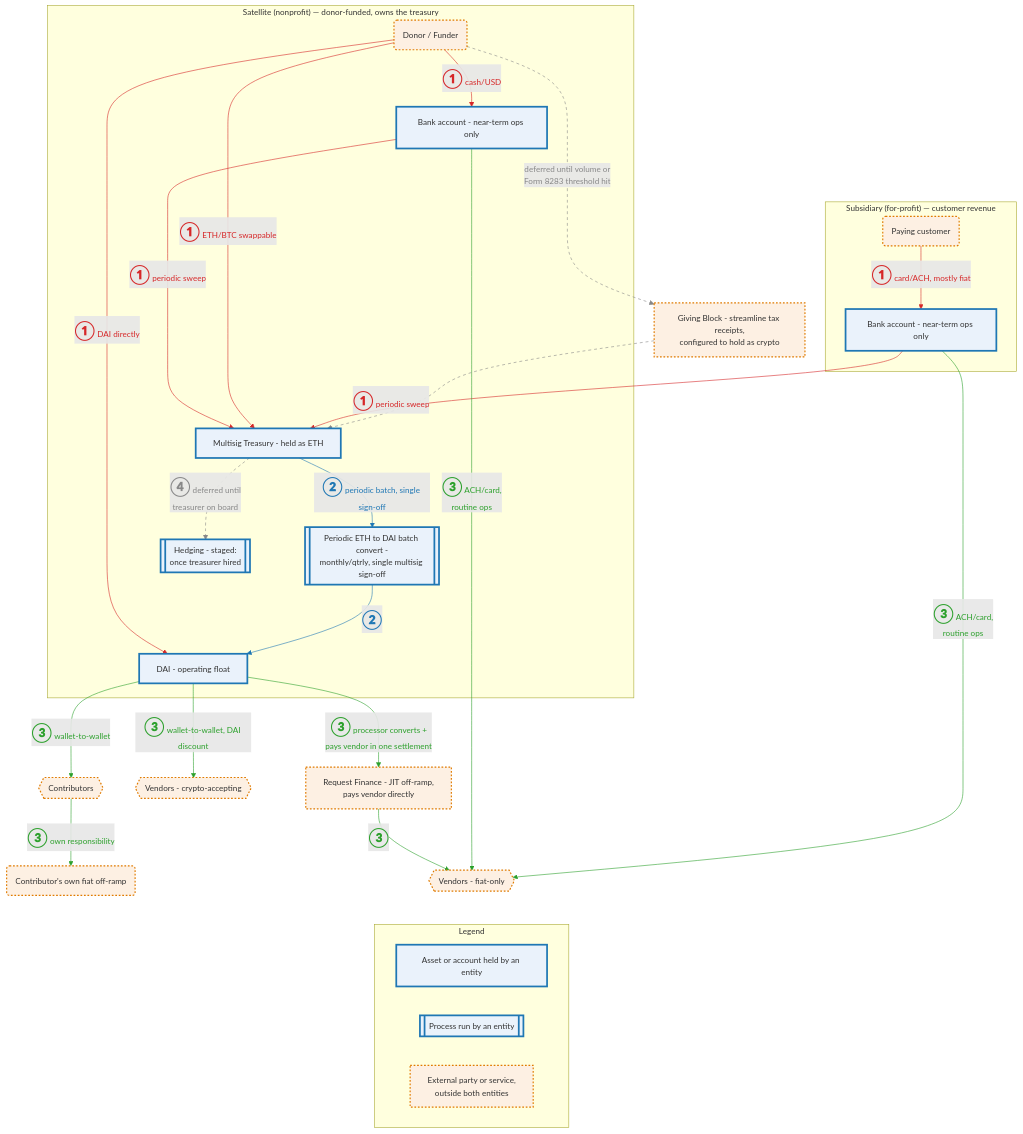
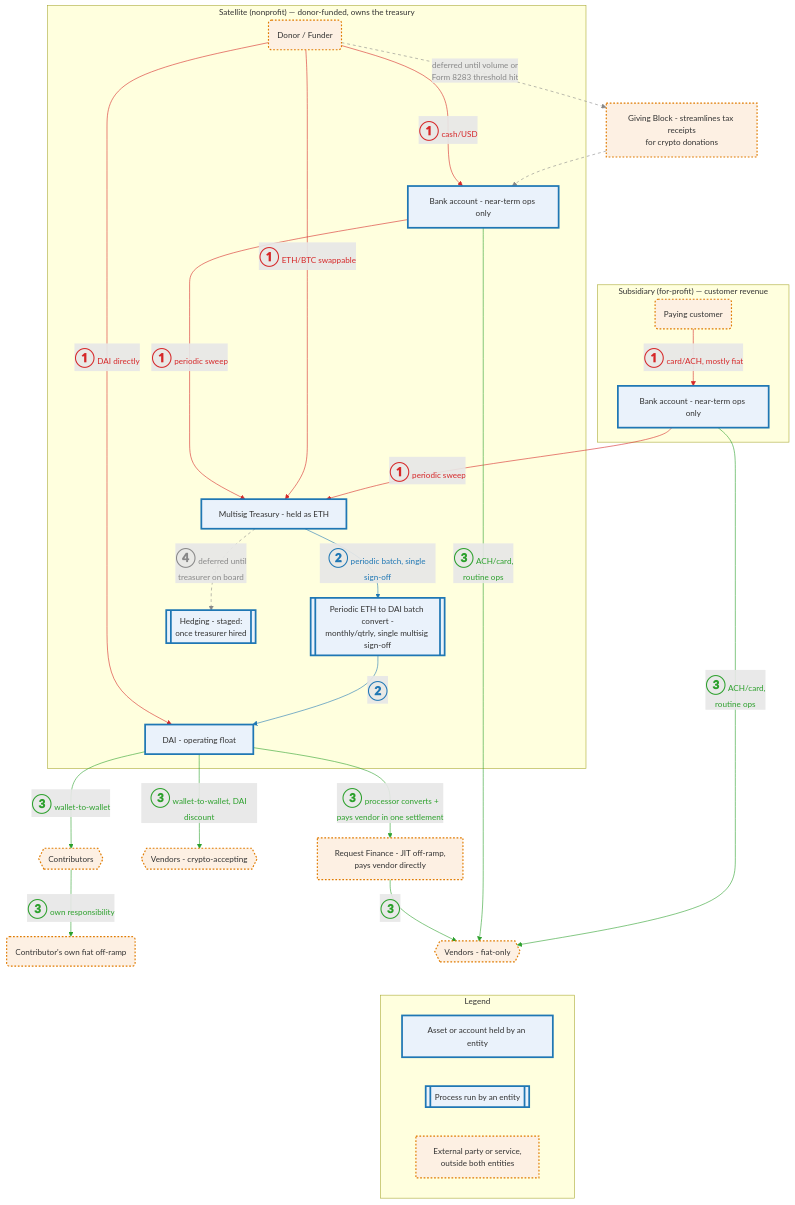
The diagram in governance/diagrams/fund-flows.mmd (doikayt/admin), drawn with Mermaid before and after one commit. The commit also changed 3 other files, not shown here.

First line of the commit message:
docs: describe Giving Block as streamlining tax receipts, drop the unsourced hold-as-crypto claim

```diff
--- a/governance/diagrams/fund-flows.mmd
+++ b/governance/diagrams/fund-flows.mmd
@@ -1,67 +1,67 @@
 %%{init: {"themeVariables": {"fontSize": "14px"}}}%%
 flowchart TD
     subgraph SAT["Satellite (nonprofit) — donor-funded, owns the treasury"]
         Donor(Donor / Funder)
         SatBank[Bank account - near-term ops only]
         Treasury[Multisig Treasury - held as ETH]
         BatchConvert[[Periodic ETH to DAI batch convert -<br/>monthly/qtrly, single multisig sign-off]]
         DAIFloat[DAI - operating float]
         Hedge[[Hedging - staged:<br/>once treasurer hired]]
     end
 
     subgraph SUB["Subsidiary (for-profit) — customer revenue"]
         Customer(Paying customer)
         SubBank[Bank account - near-term ops only]
     end
 
-    DonationProcessor[Giving Block - streamline tax receipts,<br/>configured to hold as crypto]
+    DonationProcessor[Giving Block - streamlines tax receipts<br/>for crypto donations]
     Contributors{{Contributors}}
     ContribOfframp(Contributor's own fiat off-ramp)
     VendorsCrypto{{Vendors - crypto-accepting}}
     OffRampJIT[Request Finance - JIT off-ramp,<br/>pays vendor directly]
     VendorsFiat{{Vendors - fiat-only}}
 
     subgraph LEGEND["Legend"]
         L1[Asset or account held by an entity]
         L1b[[Process run by an entity]]
         L2[External party or service,<br/>outside both entities]
     end
 
     Donor -- "<b style='font-size:2.3em'>①</b> cash/USD" --> SatBank
     SatBank -- "<b style='font-size:2.3em'>①</b> periodic sweep" --> Treasury
     Donor -- "<b style='font-size:2.3em'>①</b> DAI directly" --> DAIFloat
     Donor -- "<b style='font-size:2.3em'>①</b> ETH/BTC swappable" --> Treasury
     Customer -- "<b style='font-size:2.3em'>①</b> card/ACH, mostly fiat" --> SubBank
     SubBank -- "<b style='font-size:2.3em'>①</b> periodic sweep" --> Treasury
 
     Donor -.->|"deferred until volume or<br/>Form 8283 threshold hit"| DonationProcessor
 
     Treasury -- "<b style='font-size:2.3em'>②</b> periodic batch, single sign-off" --> BatchConvert
     BatchConvert -- "<b style='font-size:2.3em'>②</b>" --> DAIFloat
 
     DAIFloat -- "<b style='font-size:2.3em'>③</b> wallet-to-wallet" --> Contributors
     Contributors -- "<b style='font-size:2.3em'>③</b> own responsibility" --> ContribOfframp
     DAIFloat -- "<b style='font-size:2.3em'>③</b> wallet-to-wallet, DAI discount" --> VendorsCrypto
     DAIFloat -- "<b style='font-size:2.3em'>③</b> processor converts +<br/>pays vendor in one settlement" --> OffRampJIT
     OffRampJIT -- "<b style='font-size:2.3em'>③</b>" --> VendorsFiat
     SatBank -- "<b style='font-size:2.3em'>③</b> ACH/card,<br/>routine ops" --> VendorsFiat
     SubBank -- "<b style='font-size:2.3em'>③</b> ACH/card,<br/>routine ops" --> VendorsFiat
 
     Treasury -.->|"<b style='font-size:2.3em'>④</b> deferred until<br/>treasurer on board"| Hedge
 
     SatBank ~~~ Customer
     VendorsFiat ~~~ LEGEND
-    DonationProcessor -.-> Treasury
+    DonationProcessor -.-> SatBank
 
     linkStyle 0,1,2,3,4,5 stroke:#d62728,color:#d62728
     linkStyle 7,8 stroke:#1f77b4,color:#1f77b4
     linkStyle 9,10,11,12,13,14,15 stroke:#2ca02c,color:#2ca02c
     linkStyle 6,16,19 stroke:#888888,color:#888888,stroke-dasharray: 5 5
 
     classDef owned fill:#eaf2fb,stroke:#1f77b4,stroke-width:3px
     classDef external fill:#fdf0e3,stroke:#e07b00,stroke-width:2px,stroke-dasharray:3 3
     class L1,L1b owned
     class L2 external
     class Treasury,SatBank,SubBank,BatchConvert,DAIFloat,Hedge owned
     class Donor,DonationProcessor,Customer,Contributors,ContribOfframp external
     class VendorsCrypto,OffRampJIT,VendorsFiat external
```
